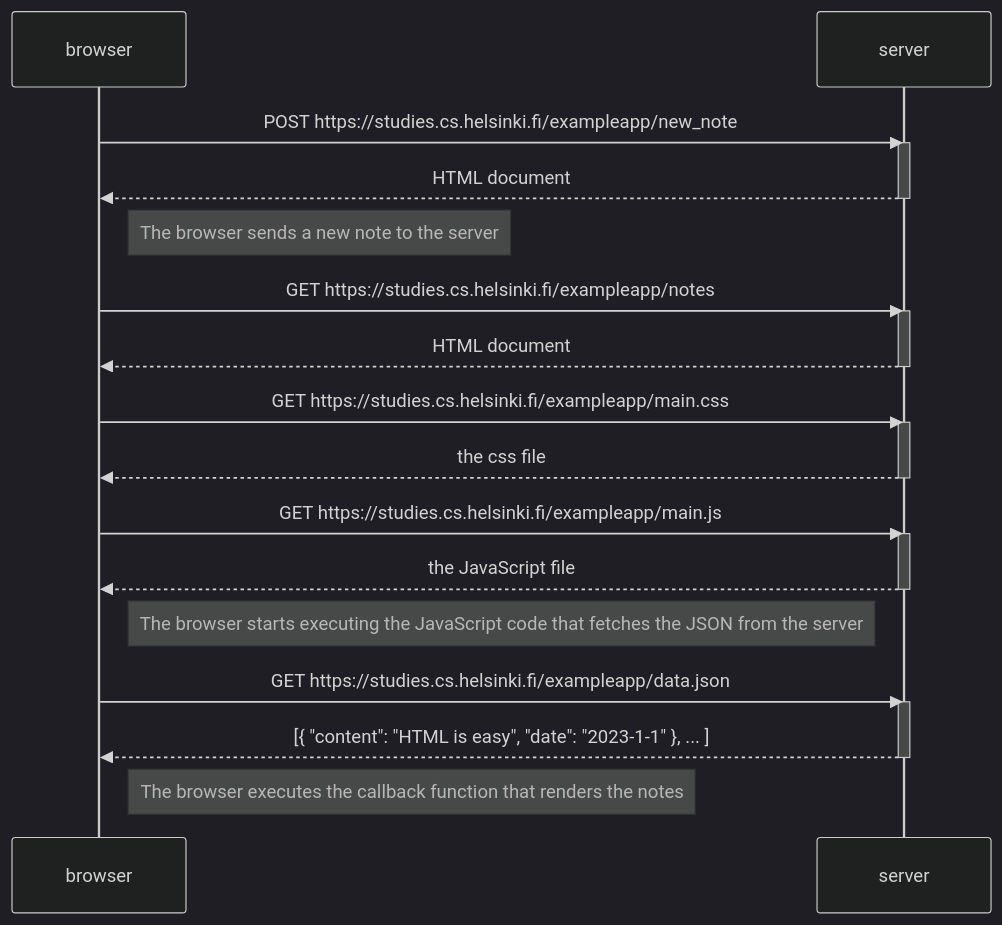
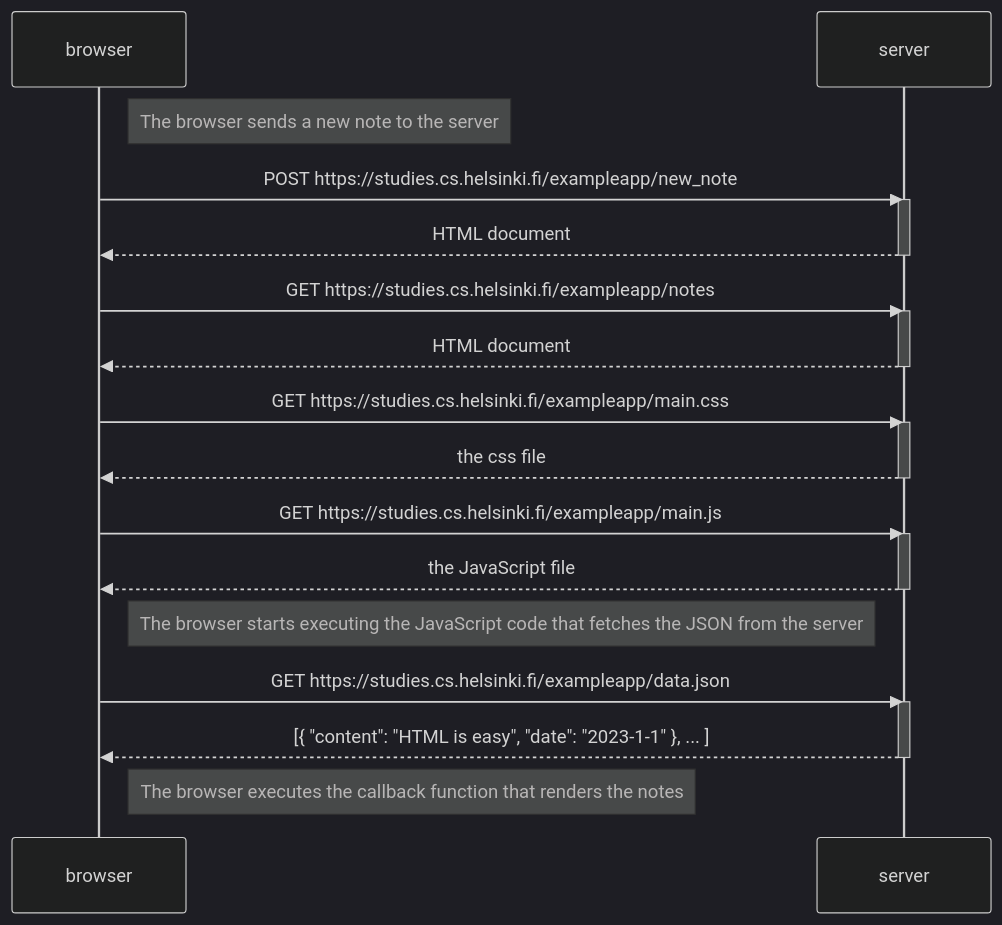
Before and after one commit to saarol2/Full-Stack-Open: the diagram in osa0/0.4.sekvenssikaavio.md, drawn with Mermaid (dark theme). The commit also changed other lines of this file, not shown here.

````diff
--- a/osa0/0.4.sekvenssikaavio.md
+++ b/osa0/0.4.sekvenssikaavio.md
@@ -1,36 +1,36 @@
 ```mermaid
 sequenceDiagram
     participant browser
     participant server
 
+    Note right of browser: The browser sends a new note to the server
+
     browser->>server: POST https://studies.cs.helsinki.fi/exampleapp/new_note
     activate server
     server-->>browser: HTML document
     deactivate server
-
-    Note right of browser: The browser sends a new note to the server
 
     browser->>server: GET https://studies.cs.helsinki.fi/exampleapp/notes
     activate server
     server-->>browser: HTML document
     deactivate server
     
     browser->>server: GET https://studies.cs.helsinki.fi/exampleapp/main.css
     activate server
     server-->>browser: the css file
     deactivate server
     
     browser->>server: GET https://studies.cs.helsinki.fi/exampleapp/main.js
     activate server
     server-->>browser: the JavaScript file
     deactivate server
     
     Note right of browser: The browser starts executing the JavaScript code that fetches the JSON from the server
     
     browser->>server: GET https://studies.cs.helsinki.fi/exampleapp/data.json
     activate server
     server-->>browser: [{ "content": "HTML is easy", "date": "2023-1-1" }, ... ]
     deactivate server    
 
     Note right of browser: The browser executes the callback function that renders the notes 
 ```
````
